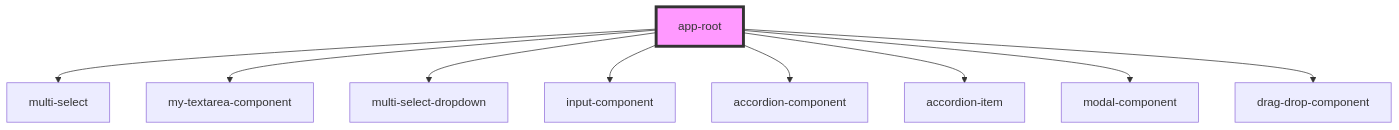
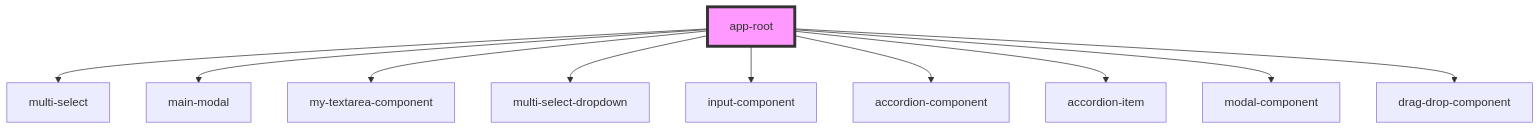
One commit to abhishekbhartiind/stencil-ui changed the diagram in src/components/app-root/readme.md. Above: the diagram before and after it, drawn with Mermaid. The commit also changed other lines of this file and 9 other files, not shown here.

````diff
--- a/src/components/app-root/readme.md
+++ b/src/components/app-root/readme.md
@@ -22,12 +23,13 @@
 ```mermaid
 graph TD;
   app-root --> multi-select
+  app-root --> main-modal
   app-root --> my-textarea-component
   app-root --> multi-select-dropdown
   app-root --> input-component
   app-root --> accordion-component
   app-root --> accordion-item
   app-root --> modal-component
   app-root --> drag-drop-component
   style app-root fill:#f9f,stroke:#333,stroke-width:4px
 ```
````
